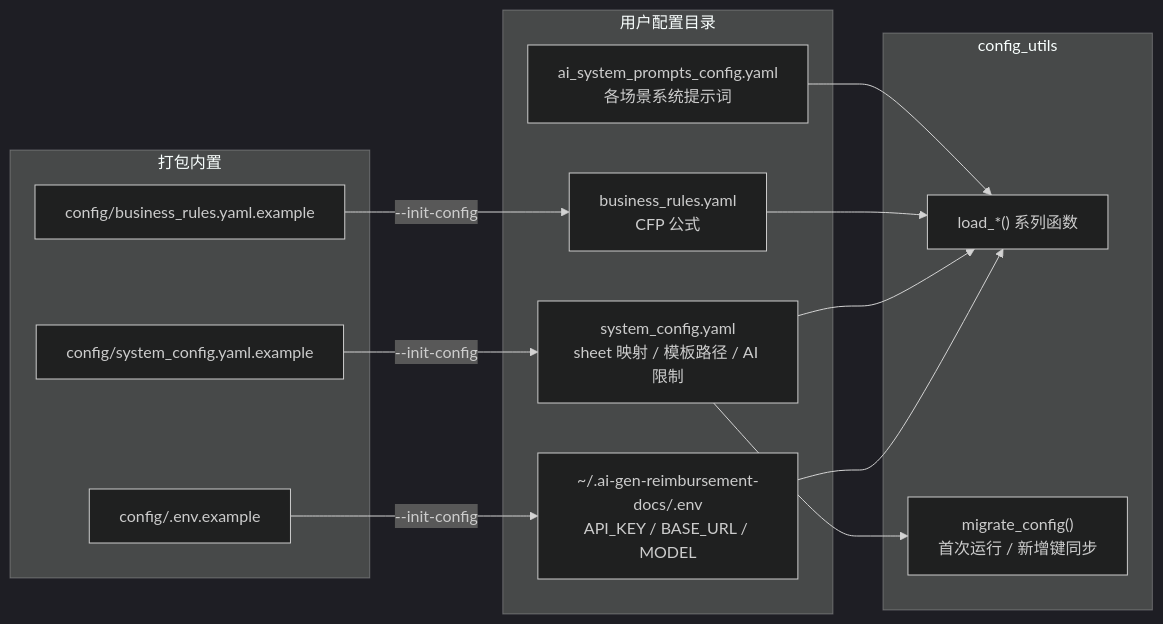
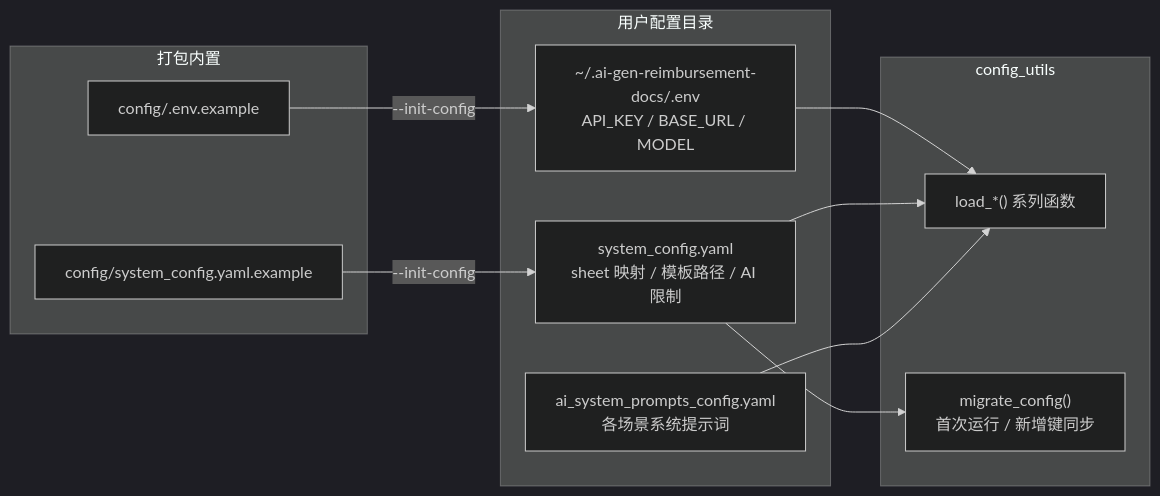
Before and after one commit to mlt-hub/AI-Gen-Reimbursement-Docs: the fifth of 6 diagrams in docs/dev/architecture.md, drawn with Mermaid (dark theme). The commit also changed other lines of this file and 47 other files, not shown here.

````diff
--- a/docs/dev/architecture.md
+++ b/docs/dev/architecture.md
@@ -202,30 +202,25 @@
 ```mermaid
 flowchart LR
     subgraph 用户配置目录
         ENV["~/.ai-gen-reimbursement-docs/.env<br/>API_KEY / BASE_URL / MODEL"]
         SYS["system_config.yaml<br/>sheet 映射 / 模板路径 / AI 限制"]
-        BIZ["business_rules.yaml<br/>CFP 公式"]
         AI_PROMPT["ai_system_prompts_config.yaml<br/>各场景系统提示词"]
     end
 
     subgraph 打包内置
         TMPL_ENV["config/.env.example"]
         TMPL_SYS["config/system_config.yaml.example"]
-        TMPL_BIZ["config/business_rules.yaml.example"]
     end
 
     subgraph config_utils
         LOAD["load_*() 系列函数"]
         MIGRATE["migrate_config()<br/>首次运行 / 新增键同步"]
     end
 
     TMPL_ENV -->|"--init-config"| ENV
     TMPL_SYS -->|"--init-config"| SYS
-    TMPL_BIZ -->|"--init-config"| BIZ
-
     ENV --> LOAD
     SYS --> LOAD
-    BIZ --> LOAD
     AI_PROMPT --> LOAD
     SYS --> MIGRATE
 ```
````
